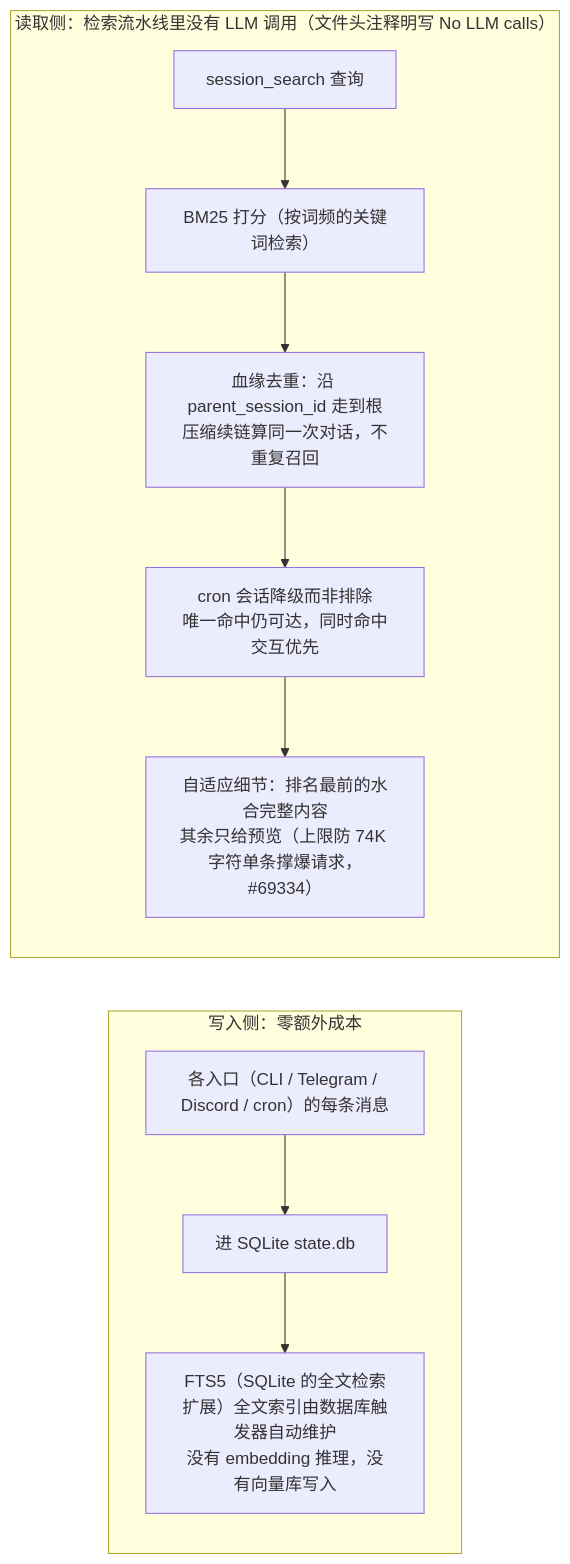
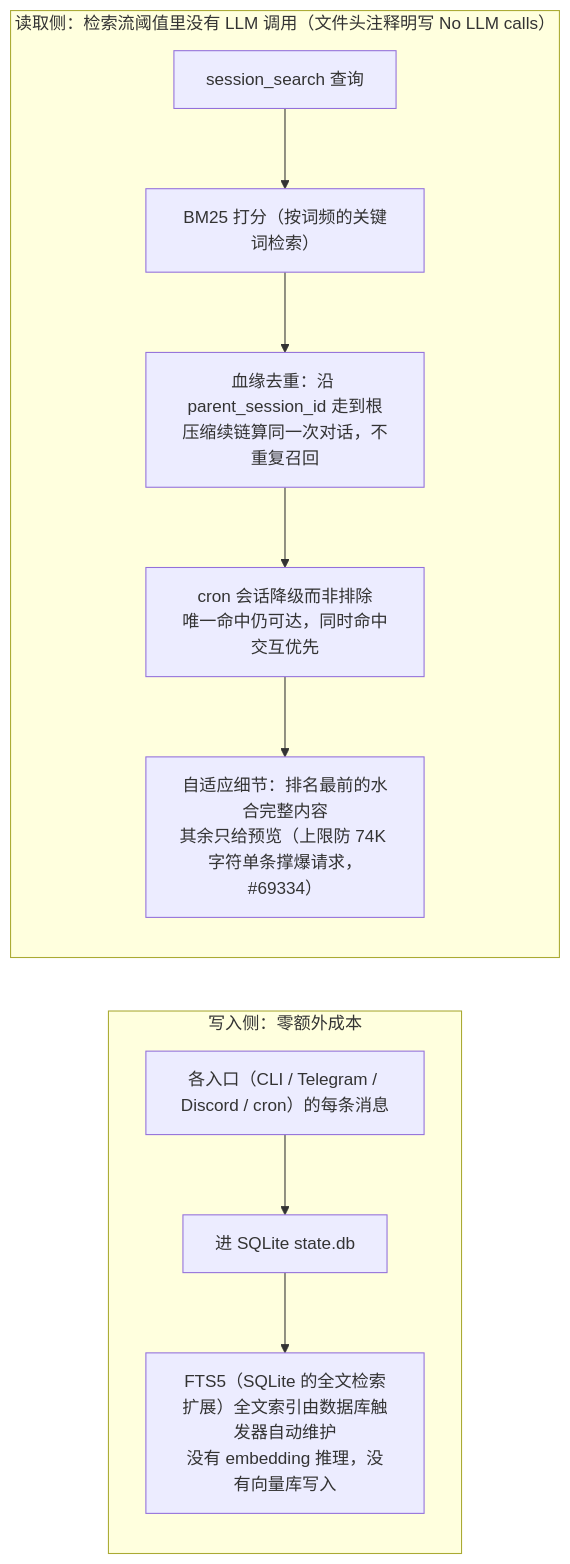
The fourth of 7 diagrams in notes/hermes-agent.md (zachysun/awesome-agents-notes), drawn with Mermaid before and after one commit. The commit also changed other lines of this file and 5 other files, not shown here.

````diff
--- a/notes/hermes-agent.md
+++ b/notes/hermes-agent.md
@@ -254,13 +254,13 @@
 ```mermaid
 flowchart LR
     subgraph W["写入侧：零额外成本"]
         M1["各入口（CLI / Telegram / Discord / cron）的每条消息"] --> DB["进 SQLite state.db"]
         DB --> FTS["FTS5（SQLite 的全文检索扩展）全文索引由数据库触发器自动维护<br/>没有 embedding 推理，没有向量库写入"]
     end
-    subgraph R["读取侧：检索流水线里没有 LLM 调用（文件头注释明写 No LLM calls）"]
+    subgraph R["读取侧：检索流阈值里没有 LLM 调用（文件头注释明写 No LLM calls）"]
         Q["session_search 查询"] --> BM["BM25 打分（按词频的关键词检索）"]
         BM --> DEDUP["血缘去重：沿 parent_session_id 走到根<br/>压缩续链算同一次对话，不重复召回"]
         DEDUP --> DEG["cron 会话降级而非排除<br/>唯一命中仍可达，同时命中交互优先"]
         DEG --> HY["自适应细节：排名最前的水合完整内容<br/>其余只给预览（上限防 74K 字符单条撑爆请求，#69334）"]
     end
 ```
````
